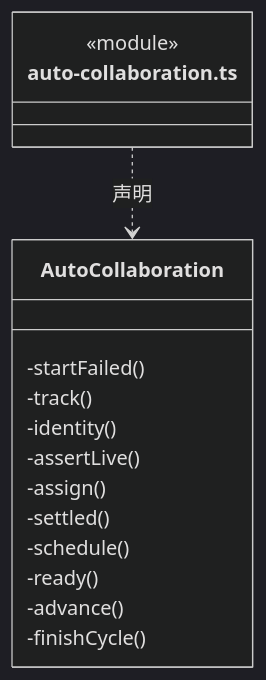
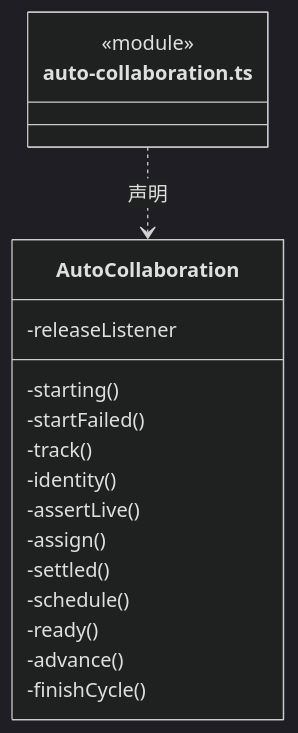
The third of 28 diagrams in src/backend/scheduler-engine/execution/ARCHITECTURE.md (nan023062/cbim), drawn with Mermaid (dark theme) before and after one commit. The commit also changed other lines of this file and 49 other files, not shown here.

````diff
--- a/src/backend/scheduler-engine/execution/ARCHITECTURE.md
+++ b/src/backend/scheduler-engine/execution/ARCHITECTURE.md
@@ -109,19 +110,21 @@
 ```mermaid
 classDiagram
 class N_src_backend_scheduler_engine_execution_auto_collaboration_ts["auto-collaboration.ts"] {
   <<module>>
 }
 class N_src_backend_scheduler_engine_execution_auto_collaboration_ts_AutoCollaboration["AutoCollaboration"] {
+  -releaseListener
+  -starting()
   -startFailed()
   -track()
   -identity()
   -assertLive()
   -assign()
   -settled()
   -schedule()
   -ready()
   -advance()
   -finishCycle()
 }
 N_src_backend_scheduler_engine_execution_auto_collaboration_ts ..> N_src_backend_scheduler_engine_execution_auto_collaboration_ts_AutoCollaboration : 声明
 ```
````
